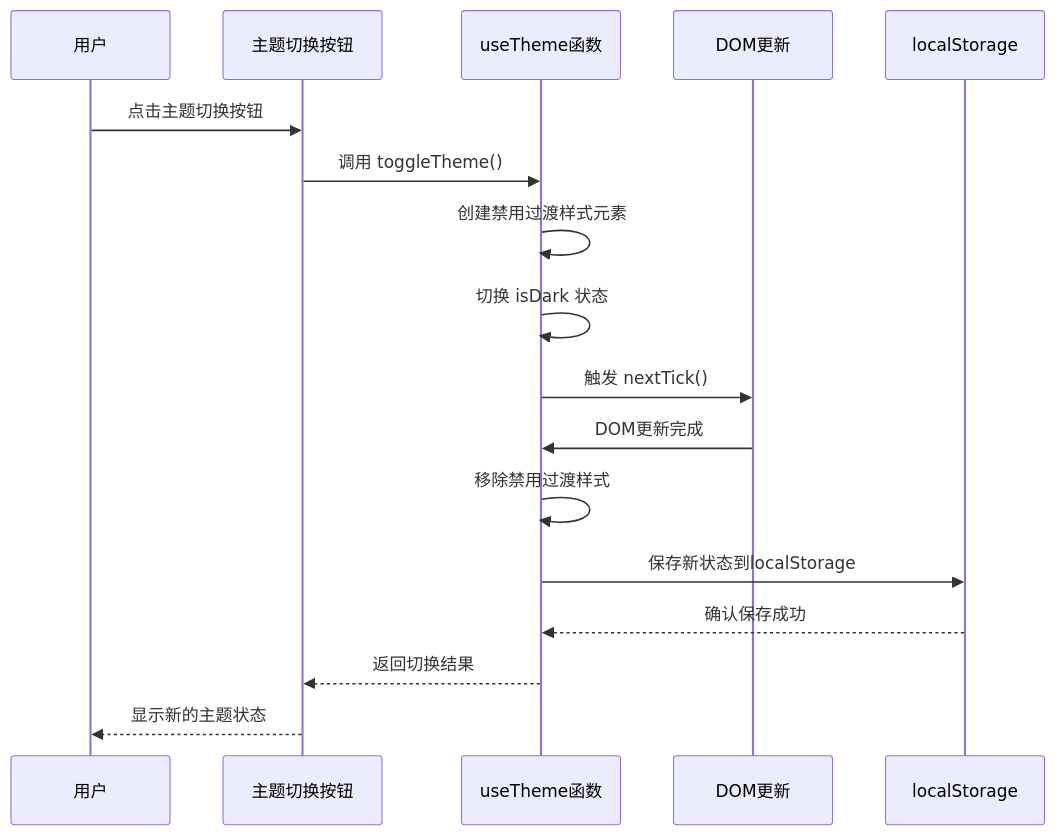
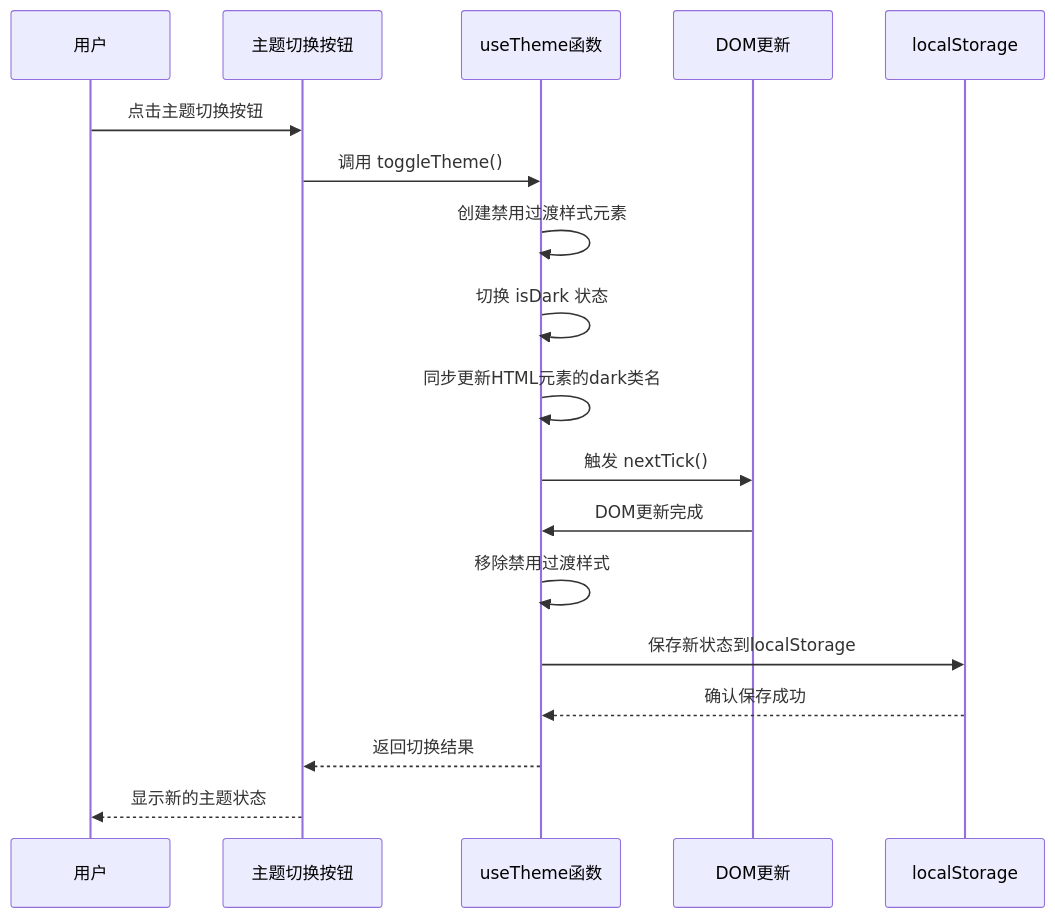
One commit to dunhuixiao/FinanceTools changed the second of 7 diagrams in .qoder/repowiki/zh/content/组合式函数/主题管理组合式函数.md. Above: the diagram before and after it, drawn with Mermaid. The commit also changed other lines of this file and 8 other files, not shown here.

````diff
--- a/.qoder/repowiki/zh/content/组合式函数/主题管理组合式函数.md
+++ b/.qoder/repowiki/zh/content/组合式函数/主题管理组合式函数.md
@@ -99,19 +107,20 @@
 ```mermaid
 sequenceDiagram
 participant User as 用户
 participant Button as 主题切换按钮
 participant Theme as useTheme函数
 participant DOM as DOM更新
 participant Storage as localStorage
 User->>Button : 点击主题切换按钮
 Button->>Theme : 调用 toggleTheme()
 Theme->>Theme : 创建禁用过渡样式元素
 Theme->>Theme : 切换 isDark 状态
+Theme->>Theme : 同步更新HTML元素的dark类名
 Theme->>DOM : 触发 nextTick()
 DOM->>Theme : DOM更新完成
 Theme->>Theme : 移除禁用过渡样式
 Theme->>Storage : 保存新状态到localStorage
 Storage-->>Theme : 确认保存成功
 Theme-->>Button : 返回切换结果
 Button-->>User : 显示新的主题状态
 ```
````
